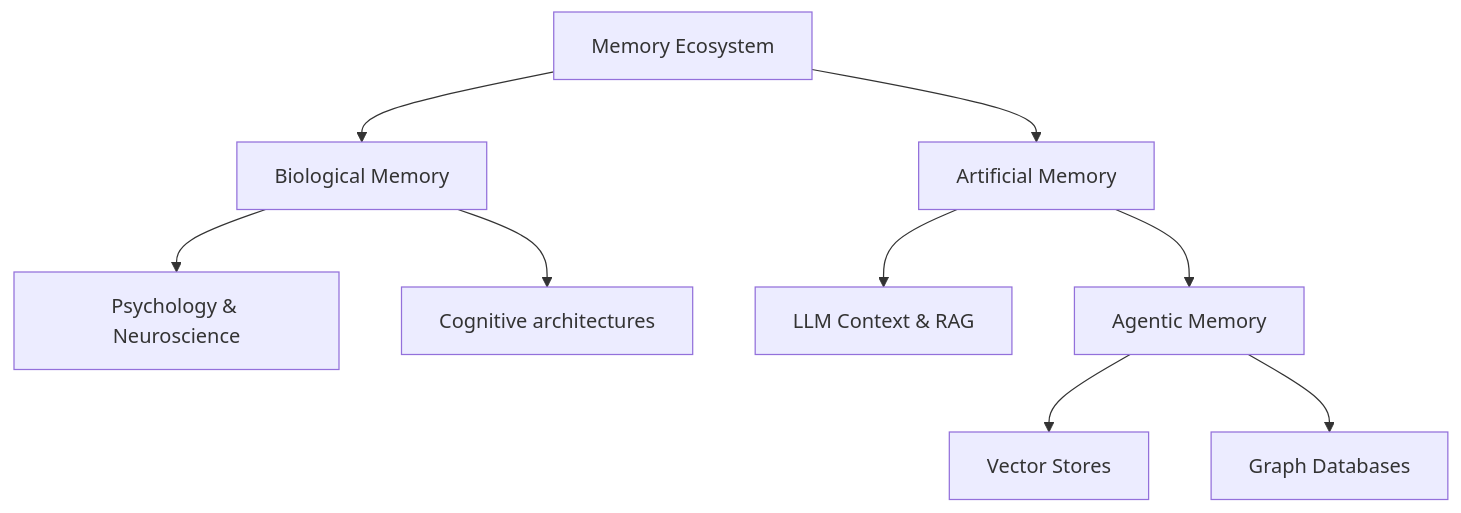
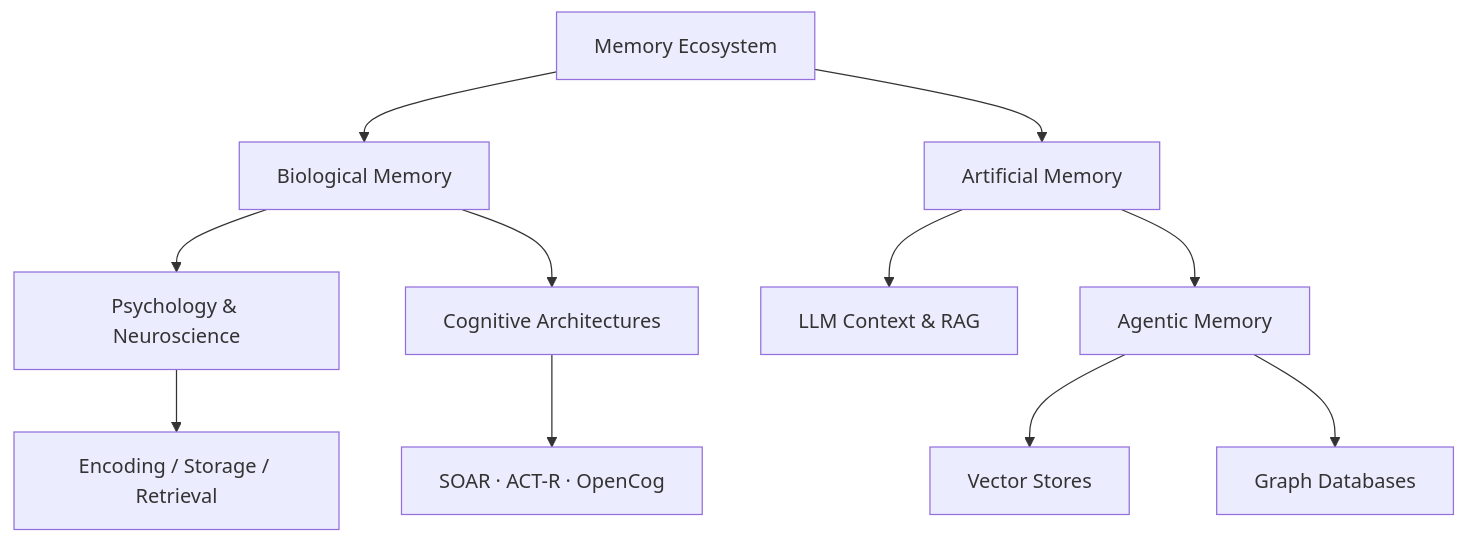
The diagram in README.md (sir-ad/awesome-memory), drawn with Mermaid before and after one commit. The commit also changed other lines of this file, not shown here.

````diff
--- a/README.md
+++ b/README.md
@@ -11,11 +25,13 @@
 ```mermaid
 graph TD
     A[Memory Ecosystem] --> B[Biological Memory]
     A --> C[Artificial Memory]
     B --> D[Psychology & Neuroscience]
-    B --> E[Cognitive architectures]
+    B --> E[Cognitive Architectures]
     C --> F[LLM Context & RAG]
     C --> G[Agentic Memory]
     G --> H[Vector Stores]
     G --> I[Graph Databases]
+    D --> J[Encoding / Storage / Retrieval]
+    E --> K[SOAR · ACT-R · OpenCog]
 ```
````
